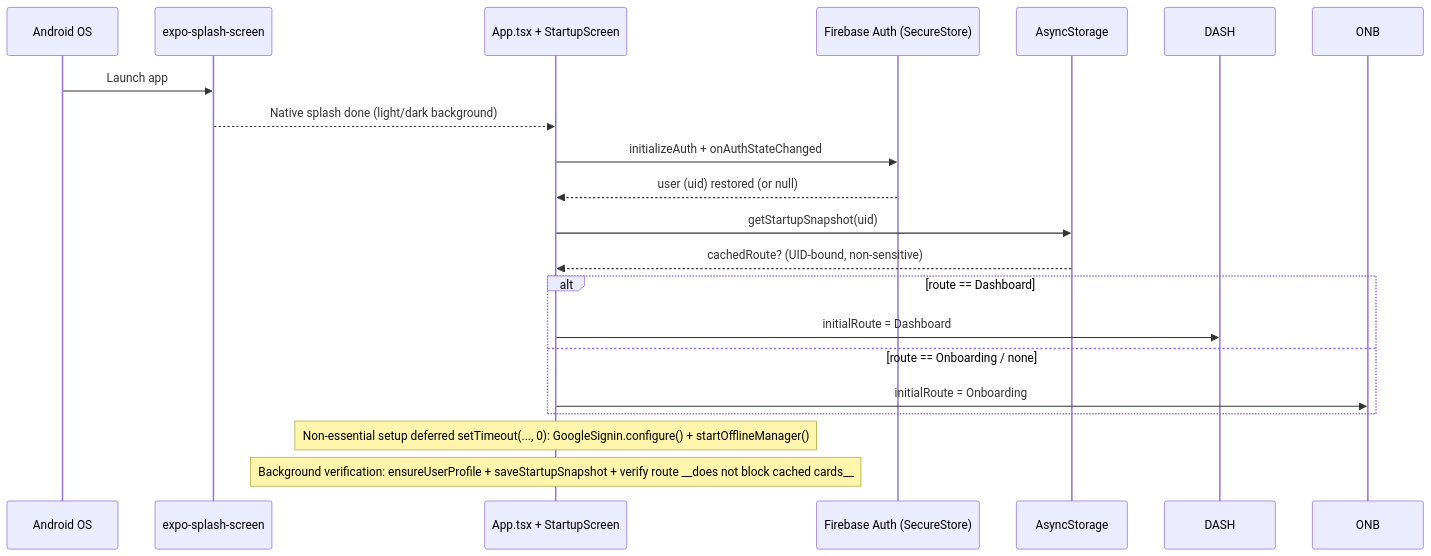
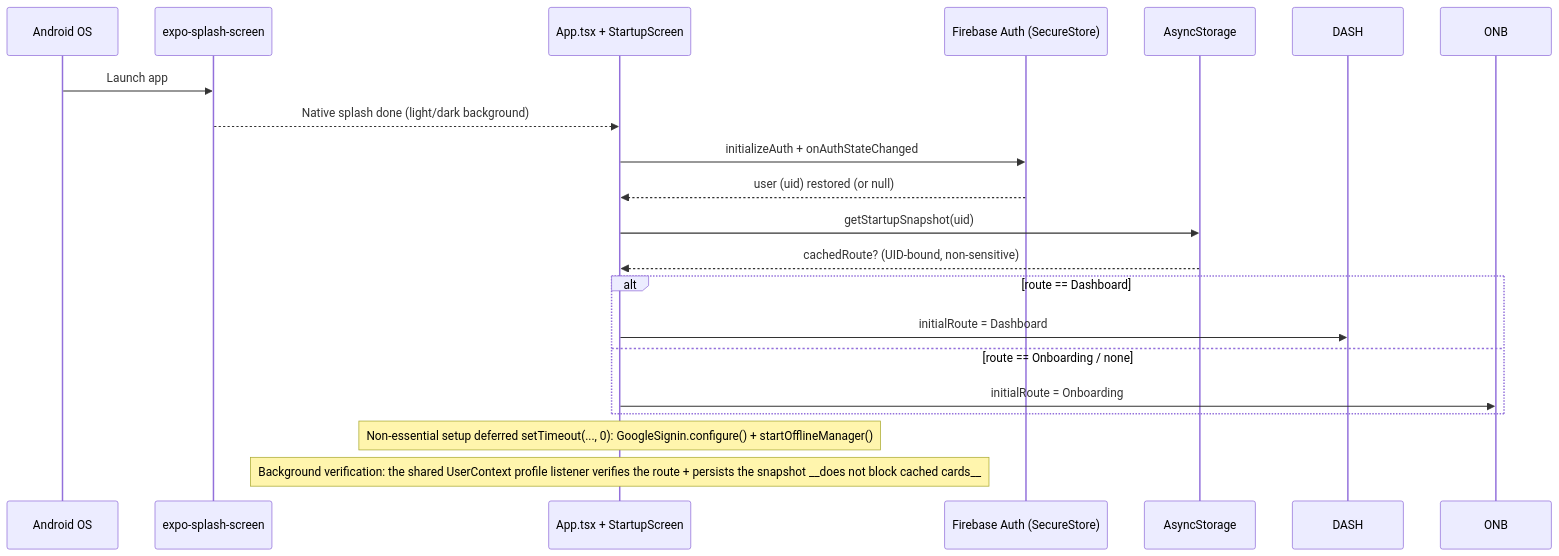
Before and after one commit to mzab-jpg/subtick: the first of 3 diagrams in docs/flows/01-startup-and-auth.md, drawn with Mermaid. The commit also changed other lines of this file and 16 other files, not shown here.

````diff
--- a/docs/flows/01-startup-and-auth.md
+++ b/docs/flows/01-startup-and-auth.md
@@ -11,21 +11,21 @@
 ```mermaid
 sequenceDiagram
     participant OS as Android OS
     participant Splash as expo-splash-screen
     participant React as App.tsx + StartupScreen
     participant FB as Firebase Auth (SecureStore)
     participant Local as AsyncStorage
     OS->>Splash: Launch app
     Splash-->>React: Native splash done (light/dark background)
     React->>FB: initializeAuth + onAuthStateChanged
     FB-->>React: user (uid) restored  (or null)
     React->>Local: getStartupSnapshot(uid)
     Local-->>React: cachedRoute?  (UID-bound, non-sensitive)
     alt route == Dashboard
       React->>DASH: initialRoute = Dashboard
     else route == Onboarding / none
       React->>ONB: initialRoute = Onboarding
     end
     Note over React: Non-essential setup deferred  setTimeout(..., 0): GoogleSignin.configure() + startOfflineManager()
-    Note over React: Background verification: ensureUserProfile + saveStartupSnapshot + verify route  __does not block cached cards__
+    Note over React: Background verification: the shared UserContext profile listener verifies the route + persists the snapshot  __does not block cached cards__
 ```
````
